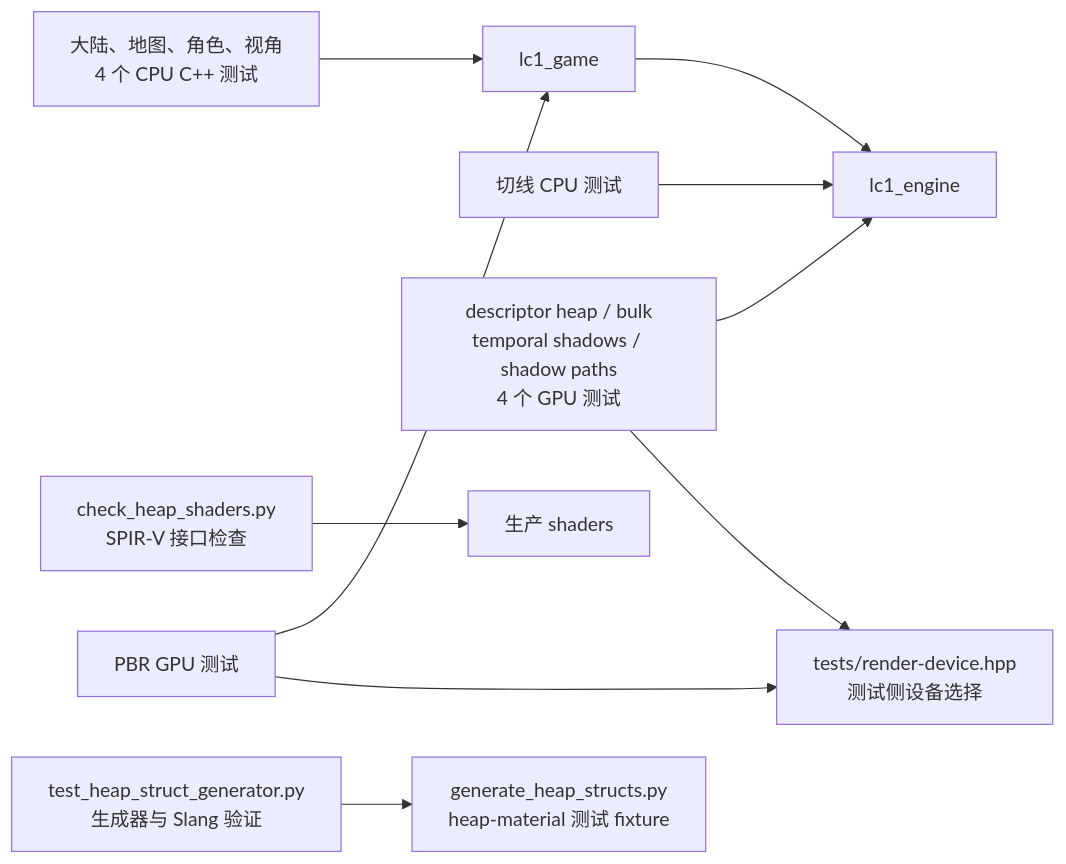
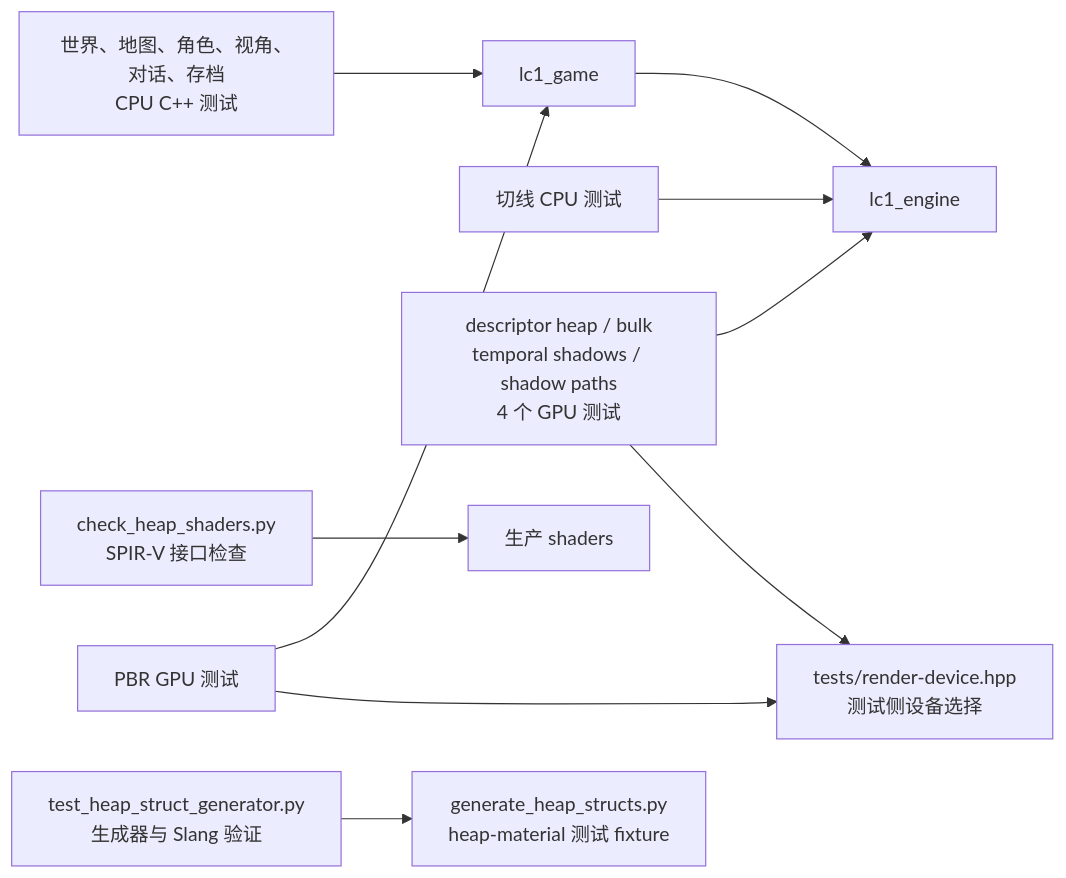
One commit to Plut084/lc1 changed the eighth of 10 diagrams in docs/module-dependencies.md. Above: the diagram before and after it, drawn with Mermaid. The commit also changed other lines of this file and 47 other files, not shown here.

````diff
--- a/docs/module-dependencies.md
+++ b/docs/module-dependencies.md
@@ -329,12 +331,12 @@
 ```mermaid
 flowchart LR
-    world["大陆、地图、角色、视角<br/>4 个 CPU C++ 测试"] --> game["lc1_game"]
+    world["世界、地图、角色、视角、对话、存档<br/>CPU C++ 测试"] --> game["lc1_game"]
     tangent["切线 CPU 测试"] --> engine["lc1_engine"]
     game --> engine
     pbr["PBR GPU 测试"] --> game
     gpu["descriptor heap / bulk<br/>temporal shadows / shadow paths<br/>4 个 GPU 测试"] --> engine
     gpu --> selection["tests/render-device.hpp<br/>测试侧设备选择"]
     pbr --> selection
     interfaces["check_heap_shaders.py<br/>SPIR-V 接口检查"] --> shaders["生产 shaders"]
     generator["test_heap_struct_generator.py<br/>生成器与 Slang 验证"] --> heap["generate_heap_structs.py<br/>heap-material 测试 fixture"]
 ```
````
